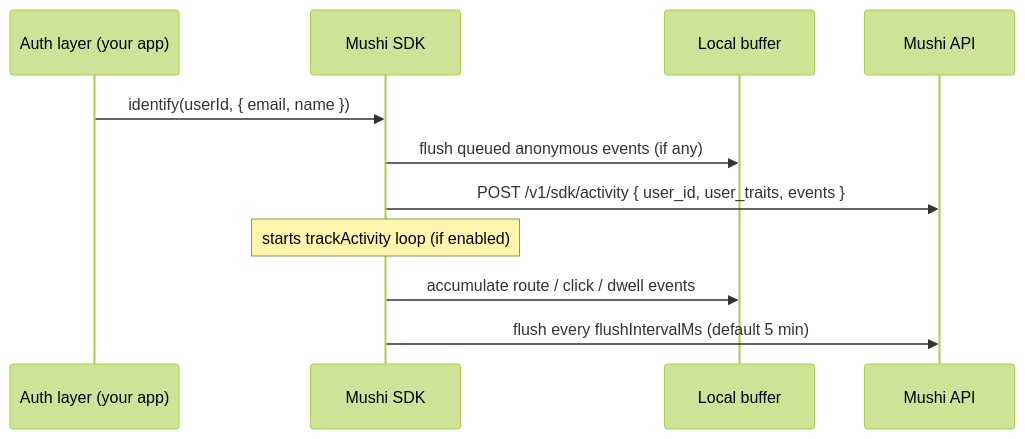
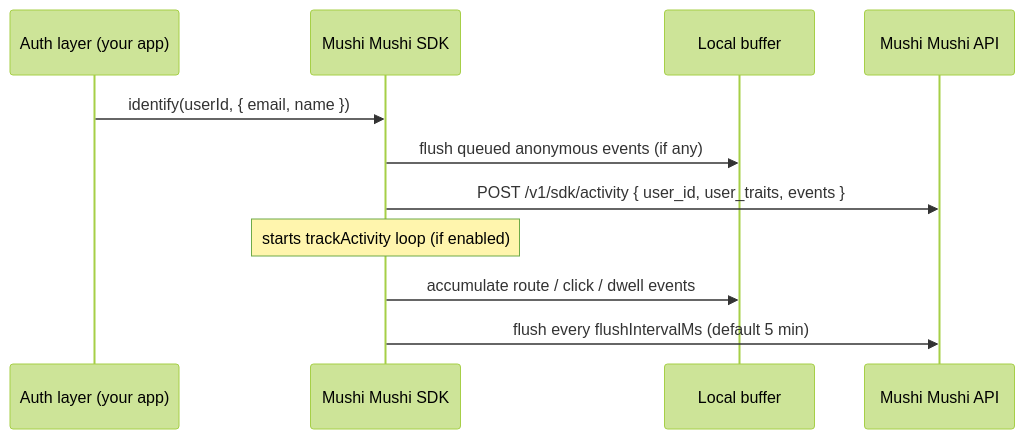
The second of 3 diagrams in apps/docs/content/concepts/rewards.mdx (kensaurus/mushi-mushi), drawn with Mermaid (forest theme) before and after one commit. The commit also changed 425 other files, not shown here.

````diff
--- a/apps/docs/content/concepts/rewards.mdx
+++ b/apps/docs/content/concepts/rewards.mdx
@@ -135,14 +135,14 @@
 ```mermaid
 sequenceDiagram
   participant Auth as Auth layer (your app)
-  participant Mushi as Mushi SDK
+  participant Mushi as Mushi Mushi SDK
   participant Buffer as Local buffer
-  participant API as Mushi API
+  participant API as Mushi Mushi API
 
   Auth->>Mushi: identify(userId, { email, name })
   Mushi->>Buffer: flush queued anonymous events (if any)
   Mushi->>API: POST /v1/sdk/activity { user_id, user_traits, events }
   Note over Mushi: starts trackActivity loop (if enabled)
   Mushi->>Buffer: accumulate route / click / dwell events
   Mushi->>API: flush every flushIntervalMs (default 5 min)
 ```
````
